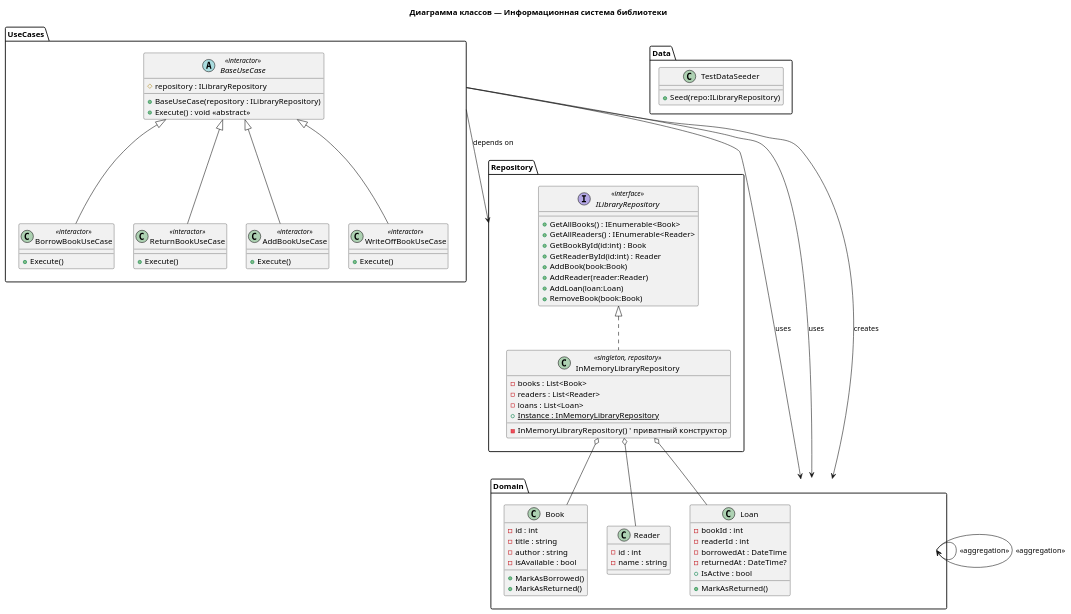
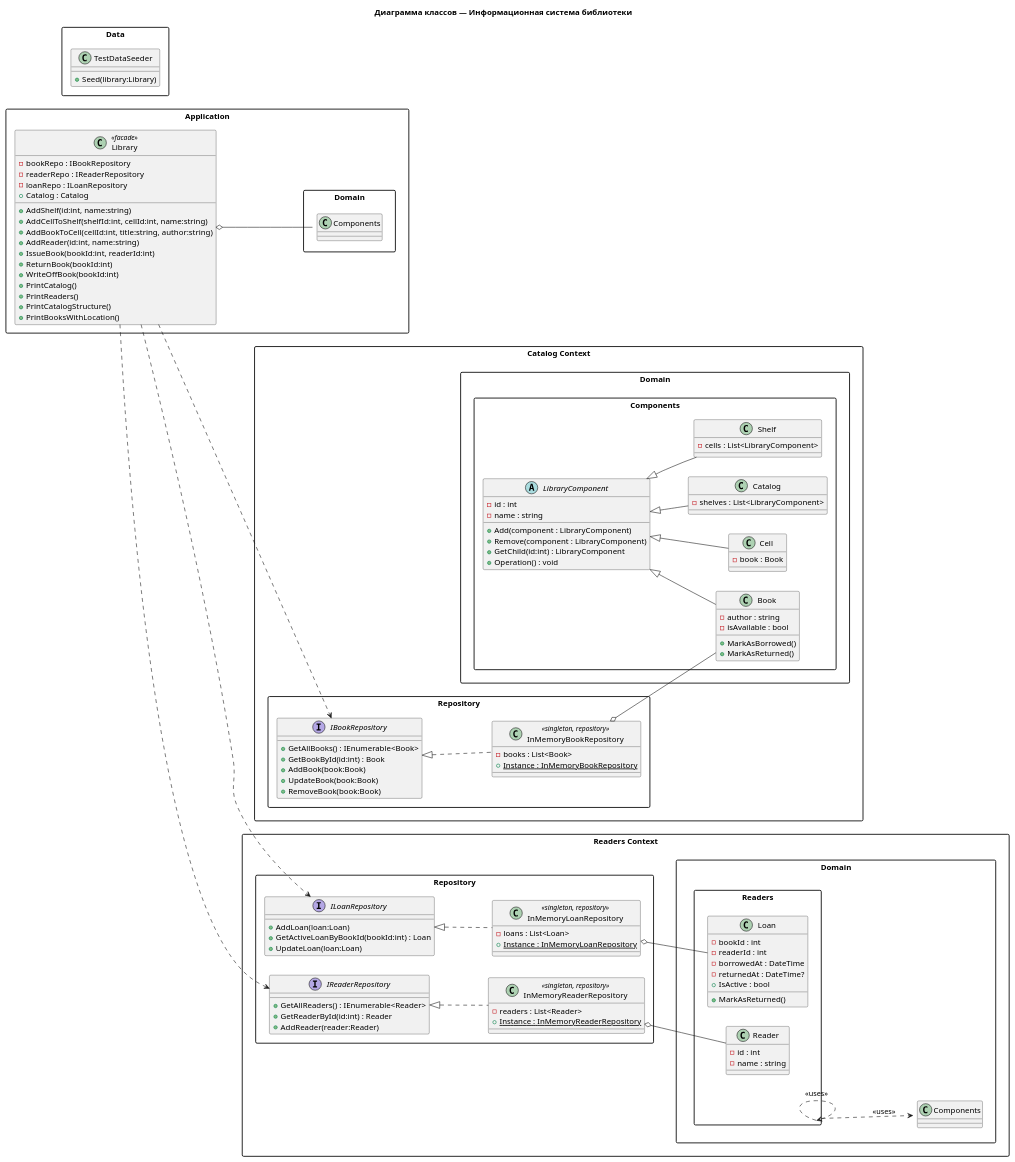
One commit to penamarth/bsbo-01-23_team4_var2_bibl changed the diagram in docs/Диаграмма классов.md. Above: the diagram before and after it, drawn with PlantUML. The commit also changed 37 other files, not shown here.

````diff
--- a/docs/Диаграмма классов.md
+++ b/docs/Диаграмма классов.md
@@ -2,100 +2,147 @@
 @startuml
 title Диаграмма классов — Информационная система библиотеки
 
-package Domain {
-    class Book {
-        - id : int
-        - title : string
-        - author : string
-        - isAvailable : bool
-        + MarkAsBorrowed()
-        + MarkAsReturned()
+skinparam packageStyle rect
+left to right direction
+
+package "Catalog Context" {
+
+package "Domain.Components" {
+abstract class LibraryComponent {
+- id : int
+- name : string
++ Add(component : LibraryComponent)
++ Remove(component : LibraryComponent)
++ GetChild(id:int) : LibraryComponent
++ Operation() : void
+}
+
+    class Catalog {
+      - shelves : List<LibraryComponent>
     }
 
-    class Reader {
-        - id : int
-        - name : string
+    class Shelf {
+      - cells : List<LibraryComponent>
     }
 
+    class Cell {
+      - book : Book
+    }
+
+    class Book {
+      - author : string
+      - isAvailable : bool
+      + MarkAsBorrowed()
+      + MarkAsReturned()
+    }
+
+    LibraryComponent <|-- Catalog
+    LibraryComponent <|-- Shelf
+    LibraryComponent <|-- Cell
+    LibraryComponent <|-- Book
+}
+
+package Repository {
+interface IBookRepository {
++ GetAllBooks() : IEnumerable<Book>
++ GetBookById(id:int) : Book
++ AddBook(book:Book)
++ UpdateBook(book:Book)
++ RemoveBook(book:Book)
+}
+
+    class InMemoryBookRepository <<singleton, repository>> {
+      - books : List<Book>
+      {static} + Instance : InMemoryBookRepository
+    }
+
+    IBookRepository <|.. InMemoryBookRepository
+    InMemoryBookRepository o-- Book
+}
+}
+
+package "Readers Context" {
+
+package "Domain.Readers" {
+class Reader {
+- id : int
+- name : string
+}
+
     class Loan {
-        - bookId : int
-        - readerId : int
-        - borrowedAt : DateTime
-        - returnedAt : DateTime?
-        + MarkAsReturned()
-        + IsActive : bool
+      - bookId : int
+      - readerId : int
+      - borrowedAt : DateTime
+      - returnedAt : DateTime?
+      + MarkAsReturned()
+      + IsActive : bool
     }
 }
 
-Domain::Loan --> Domain::Book : <<aggregation>>
-Domain::Loan --> Domain::Reader : <<aggregation>>
+package Repository {
+interface IReaderRepository {
++ GetAllReaders() : IEnumerable<Reader>
++ GetReaderById(id:int) : Reader
++ AddReader(reader:Reader)
+}
 
-package Repository {
-    interface ILibraryRepository <<interface>> {
-        + GetAllBooks() : IEnumerable<Book>
-        + GetAllReaders() : IEnumerable<Reader>
-        + GetBookById(id:int) : Book
-        + GetReaderById(id:int) : Reader
-        + AddBook(book:Book)
-        + AddReader(reader:Reader)
-        + AddLoan(loan:Loan)
-        + RemoveBook(book:Book)
+    class InMemoryReaderRepository <<singleton, repository>> {
+      - readers : List<Reader>
+      {static} + Instance : InMemoryReaderRepository
     }
 
-    class InMemoryLibraryRepository <<singleton, repository>> {
-        - books : List<Book>
-        - readers : List<Reader>
-        - loans : List<Loan>
-        - InMemoryLibraryRepository()  ' приватный конструктор
-        {static} + Instance : InMemoryLibraryRepository
+    interface ILoanRepository {
+      + AddLoan(loan:Loan)
+      + GetActiveLoanByBookId(bookId:int) : Loan
+      + UpdateLoan(loan:Loan)
     }
 
-    ILibraryRepository <|.. InMemoryLibraryRepository
-    InMemoryLibraryRepository o-- Book
-    InMemoryLibraryRepository o-- Reader
-    InMemoryLibraryRepository o-- Loan
+    class InMemoryLoanRepository <<singleton, repository>> {
+      - loans : List<Loan>
+      {static} + Instance : InMemoryLoanRepository
+    }
+
+    IReaderRepository <|.. InMemoryReaderRepository
+    ILoanRepository <|.. InMemoryLoanRepository
+
+    InMemoryReaderRepository o-- Reader
+    InMemoryLoanRepository o-- Loan
 }
 
-package UseCases {
+Domain.Readers::Loan ..> Domain.Components::Book : <<uses>>
+Domain.Readers::Loan ..> Domain.Readers::Reader : <<uses>>
+}
 
-    abstract class BaseUseCase <<interactor>> {
-        # repository : ILibraryRepository
-        + BaseUseCase(repository : ILibraryRepository)
-        + Execute() : void <<abstract>>
-    }
+package Application {
+class Library <<facade>> {
+- bookRepo : IBookRepository
+- readerRepo : IReaderRepository
+- loanRepo : ILoanRepository
++ Catalog : Catalog
++ AddShelf(id:int, name:string)
++ AddCellToShelf(shelfId:int, cellId:int, name:string)
++ AddBookToCell(cellId:int, title:string, author:string)
++ AddReader(id:int, name:string)
++ IssueBook(bookId:int, readerId:int)
++ ReturnBook(bookId:int)
++ WriteOffBook(bookId:int)
++ PrintCatalog()
++ PrintReaders()
++ PrintCatalogStructure()
++ PrintBooksWithLocation()
+}
 
-    class BorrowBookUseCase <<interactor>> {
-        + Execute()
-    }
-
-    class ReturnBookUseCase <<interactor>> {
-        + Execute()
-    }
-
-    class AddBookUseCase <<interactor>> {
-        + Execute()
-    }
-
-    class WriteOffBookUseCase <<interactor>> {
-        + Execute()
-    }
-
-    BaseUseCase <|-- BorrowBookUseCase
-    BaseUseCase <|-- ReturnBookUseCase
-    BaseUseCase <|-- AddBookUseCase
-    BaseUseCase <|-- WriteOffBookUseCase
+Library o-- Domain.Components::Catalog
+Library ..> IBookRepository
+Library ..> IReaderRepository
+Library ..> ILoanRepository
 }
 
 package Data {
-    class TestDataSeeder {
-        + Seed(repo:ILibraryRepository)
-    }
+class TestDataSeeder {
++ Seed(library:Library)
 }
-
-UseCases::BorrowBookUseCase --> Domain::Book : uses
-UseCases::BorrowBookUseCase --> Domain::Reader : uses
-UseCases::BorrowBookUseCase --> Domain::Loan : creates
-UseCases::BorrowBookUseCase --> Repository::ILibraryRepository : depends on
+}
 
 @enduml
 ```
````
